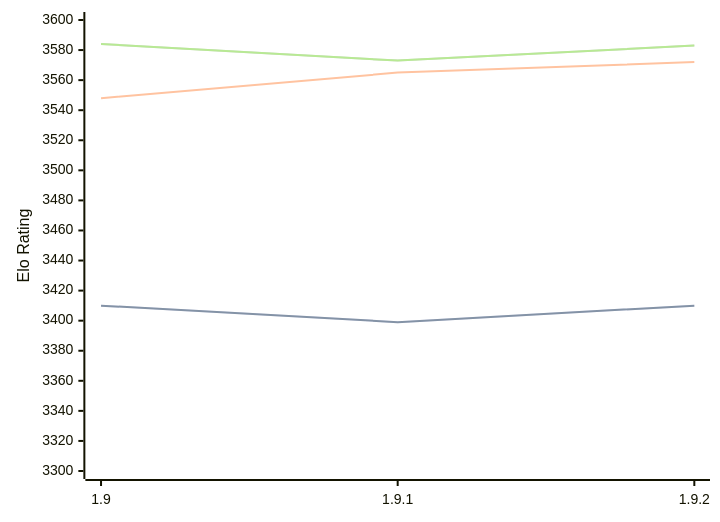
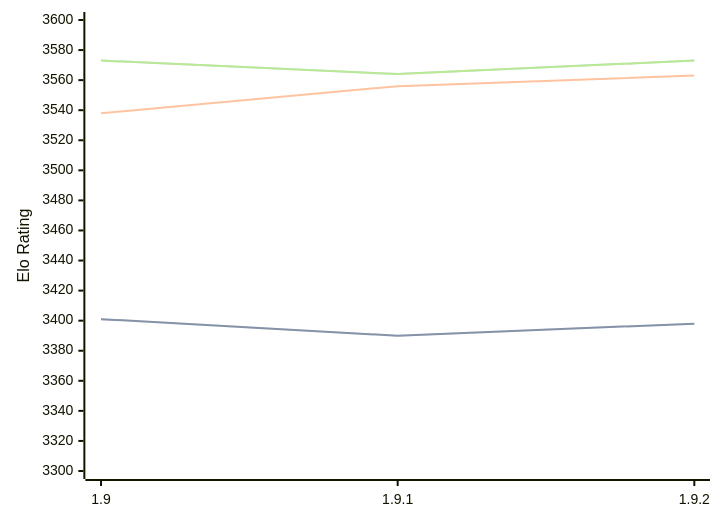
Before and after one commit to computer-chess-index/cci: the diagram in engines/Pawnocchio.md, drawn with Mermaid. The commit also changed other lines of this file, not shown here.

Commit message:
Update CCI Ratings (ELO VLTC) - 2026-03-19

````diff
--- a/engines/Pawnocchio.md
+++ b/engines/Pawnocchio.md
@@ -46,11 +46,11 @@
 ```mermaid
 %%{init: {"theme":"base","themeVariables":{"seriesColors:['#a3a3a3','#222221','#faa371']}}}%%
 xychart-beta
   x-axis ["1.9", "1.9.1", "1.9.2"]
   y-axis "Elo Rating" 3300 --> 3600
-  line "STC (8.0+0.08s)" [3410, 3399, 3410]
-  line "STC (8.0+0.08s)" [3410, 3399, 3410]
-  line "LTC (60.0+0.60s)" [3548, 3565, 3572]
-  line "VLTC (2m24s+1.12s)" [3584, 3573, 3583]
-  line "VLTC (2m24s+1.12s)" [3584, 3573, 3583]
+  line "STC (8.0+0.08s)" [3401, 3390, 3398]
+  line "STC (8.0+0.08s)" [3401, 3390, 3398]
+  line "LTC (60.0+0.60s)" [3538, 3556, 3563]
+  line "VLTC (2m24s+1.12s)" [3573, 3564, 3573]
+  line "VLTC (2m24s+1.12s)" [3573, 3564, 3573]
 ```
````
